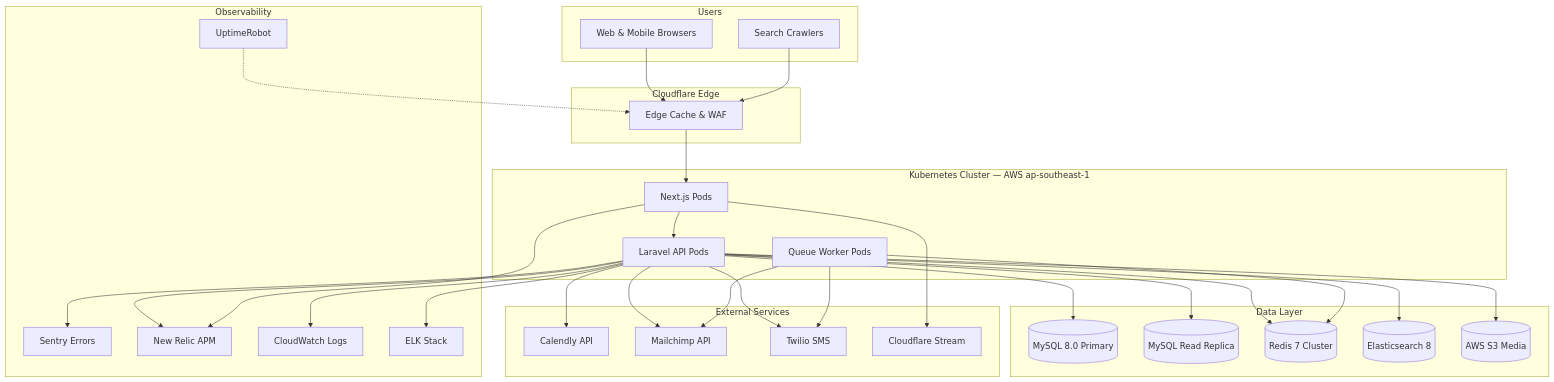
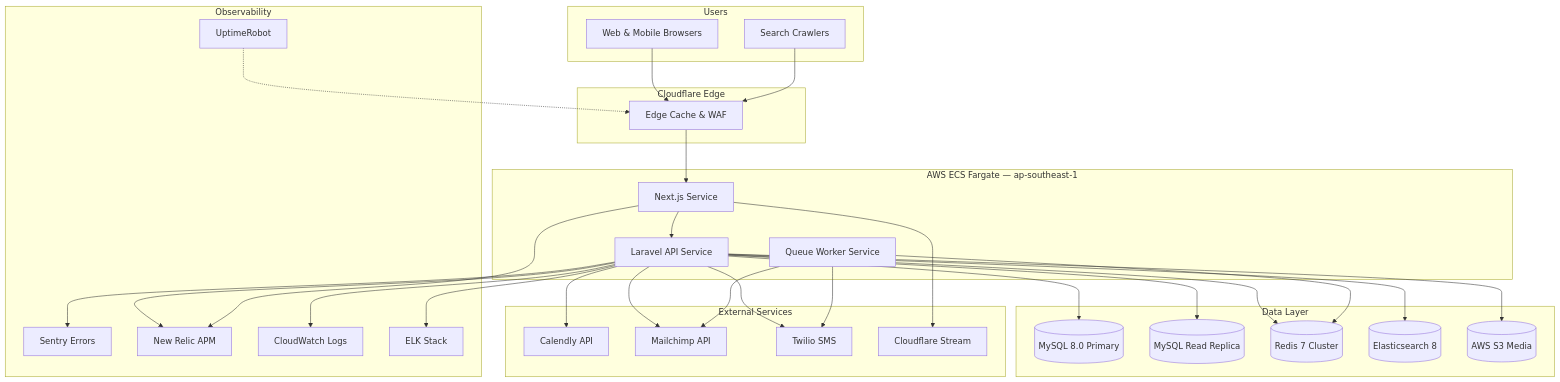
The first of 2 diagrams in CLAUDE.md (nordeim/ElderCare-SG-Compassionate-Daycare-Solutions), drawn with Mermaid before and after one commit. The commit also changed other lines of this file, not shown here.

````diff
--- a/CLAUDE.md
+++ b/CLAUDE.md
@@ -137,62 +137,62 @@
 ```mermaid
 flowchart TB
     subgraph "Users"
         Browser[Web & Mobile Browsers]
         Crawler[Search Crawlers]
     end
 
     subgraph "Cloudflare Edge"
         CDN[Edge Cache & WAF]
     end
 
-    subgraph "Kubernetes Cluster — AWS ap-southeast-1"
-        NextPod[Next.js Pods]
-        LaravelPod[Laravel API Pods]
-        WorkerPod[Queue Worker Pods]
+    subgraph "AWS ECS Fargate — ap-southeast-1"
+        NextService[Next.js Service]
+        LaravelService[Laravel API Service]
+        WorkerService[Queue Worker Service]
     end
 
     subgraph "Data Layer"
         MySQLPrimary[(MySQL 8.0 Primary)]
         MySQLReplica[(MySQL Read Replica)]
         Redis[(Redis 7 Cluster)]
         Elastic[(Elasticsearch 8)]
         S3[(AWS S3 Media)]
     end
 
     subgraph "External Services"
         Calendly[Calendly API]
         Mailchimp[Mailchimp API]
         Twilio[Twilio SMS]
         Stream[Cloudflare Stream]
     end
 
     subgraph "Observability"
         Sentry[Sentry Errors]
         NewRelic[New Relic APM]
         CloudWatch[CloudWatch Logs]
         UptimeRobot[UptimeRobot]
         ELK[ELK Stack]
     end
 
-    Browser --> CDN --> NextPod
+    Browser --> CDN --> NextService
     Crawler --> CDN
-    NextPod --> LaravelPod
-    LaravelPod --> MySQLPrimary
-    LaravelPod --> MySQLReplica
-    LaravelPod --> Redis
-    LaravelPod --> Elastic
-    LaravelPod --> S3
-    LaravelPod --> Calendly
-    LaravelPod --> Mailchimp
-    LaravelPod --> Twilio
-    NextPod --> Stream
-    WorkerPod --> Redis
-    WorkerPod --> Mailchimp
-    WorkerPod --> Twilio
-    LaravelPod --> Sentry
-    LaravelPod --> NewRelic
-    LaravelPod --> CloudWatch
-    NextPod --> NewRelic
+    NextService --> LaravelService
+    LaravelService --> MySQLPrimary
+    LaravelService --> MySQLReplica
+    LaravelService --> Redis
+    LaravelService --> Elastic
+    LaravelService --> S3
+    LaravelService --> Calendly
+    LaravelService --> Mailchimp
+    LaravelService --> Twilio
+    NextService --> Stream
+    WorkerService --> Redis
+    WorkerService --> Mailchimp
+    WorkerService --> Twilio
+    LaravelService --> Sentry
+    LaravelService --> NewRelic
+    LaravelService --> CloudWatch
+    NextService --> NewRelic
     UptimeRobot -.-> CDN
-    LaravelPod --> ELK
+    LaravelService --> ELK
 ```
````
